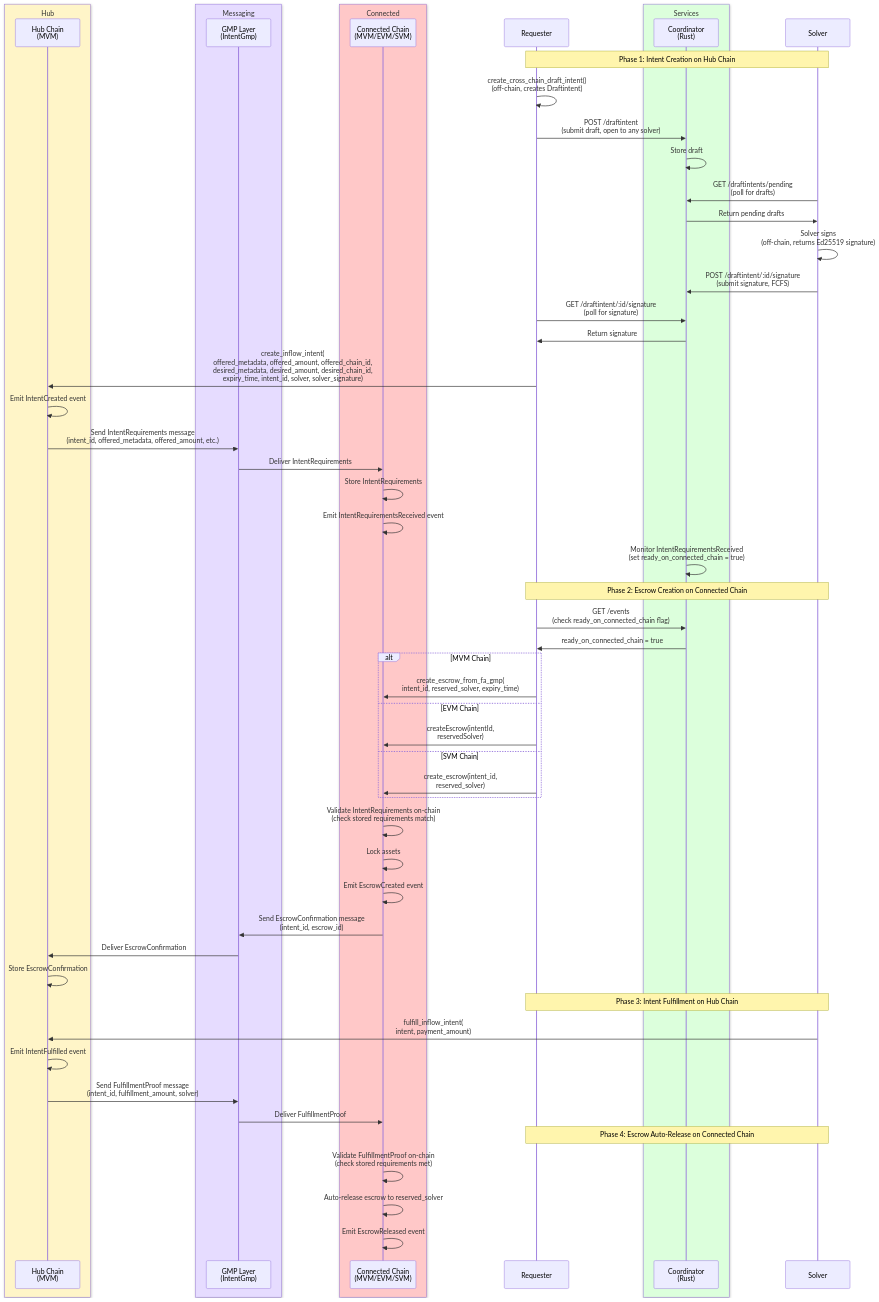
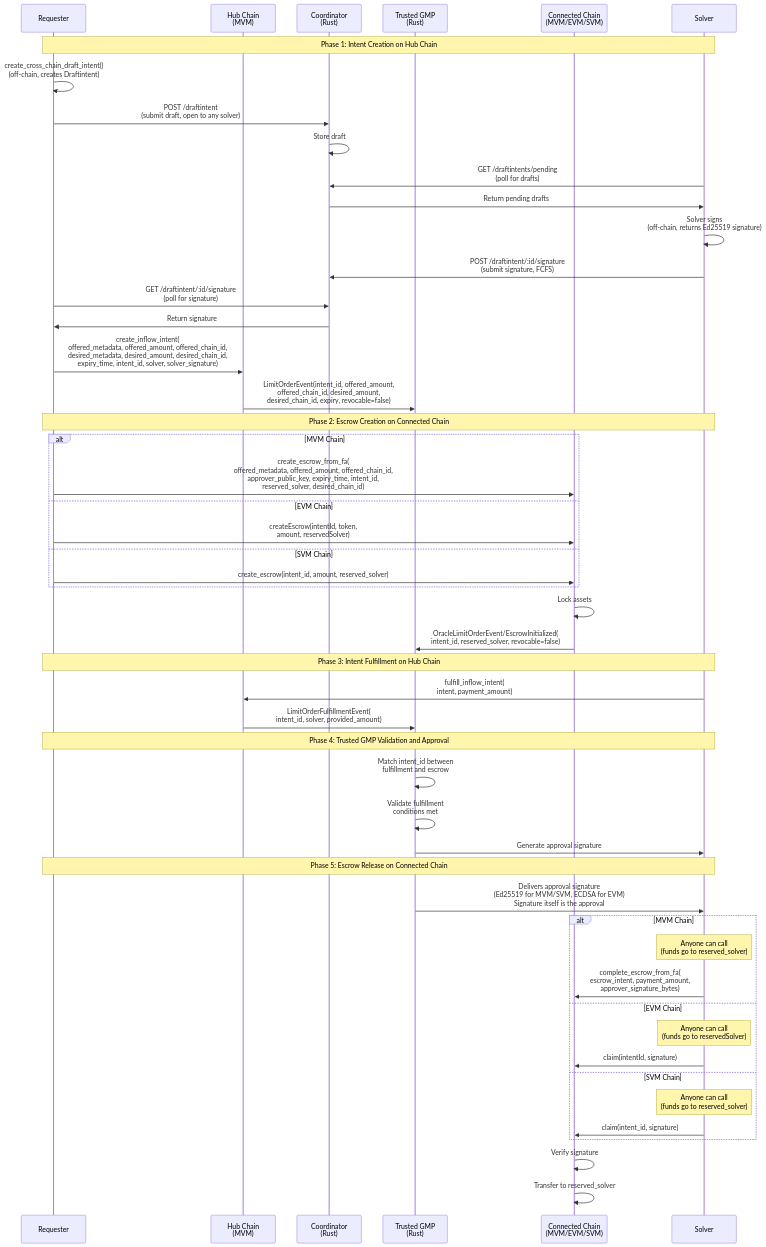
Before and after one commit to MoveIndustries/int3nts: the first of 4 diagrams in docs/protocol.md, drawn with Mermaid. The commit also changed other lines of this file and 493 other files, not shown here.

First line of the commit message:
Revert "Integrated GMP (Generic Message Passing) instead of verifier architec…"

````diff
--- a/docs/protocol.md
+++ b/docs/protocol.md
@@ -67,63 +29,57 @@
 ```mermaid
 sequenceDiagram
-    box rgb(255, 245, 200) Hub
+    participant Requester
     participant Hub as Hub Chain<br/>(MVM)
-    end
-    box rgb(230, 220, 255) Messaging
-    participant GMP as GMP Layer<br/>(IntentGmp)
-    end
-    box rgb(255, 200, 200) Connected
+    participant Coordinator as Coordinator<br/>(Rust)
+    participant TrustedGMP as Trusted GMP<br/>(Rust)
     participant Connected as Connected Chain<br/>(MVM/EVM/SVM)
-    end
-    participant Requester
-    box rgb(220, 255, 220) Services
-    participant Coordinator as Coordinator<br/>(Rust)
-    end
     participant Solver
 
     Note over Requester,Solver: Phase 1: Intent Creation on Hub Chain
     Requester->>Requester: create_cross_chain_draft_intent()<br/>(off-chain, creates Draftintent)
     Requester->>Coordinator: POST /draftintent<br/>(submit draft, open to any solver)
     Coordinator->>Coordinator: Store draft
     Solver->>Coordinator: GET /draftintents/pending<br/>(poll for drafts)
     Coordinator->>Solver: Return pending drafts
     Solver->>Solver: Solver signs<br/>(off-chain, returns Ed25519 signature)
     Solver->>Coordinator: POST /draftintent/:id/signature<br/>(submit signature, FCFS)
     Requester->>Coordinator: GET /draftintent/:id/signature<br/>(poll for signature)
     Coordinator->>Requester: Return signature
     Requester->>Hub: create_inflow_intent(<br/>offered_metadata, offered_amount, offered_chain_id,<br/>desired_metadata, desired_amount, desired_chain_id,<br/>expiry_time, intent_id, solver, solver_signature)
-    Hub->>Hub: Emit IntentCreated event
-    Hub->>GMP: Send IntentRequirements message<br/>(intent_id, offered_metadata, offered_amount, etc.)
-    GMP->>Connected: Deliver IntentRequirements
-    Connected->>Connected: Store IntentRequirements
-    Connected->>Connected: Emit IntentRequirementsReceived event
-    Coordinator->>Coordinator: Monitor IntentRequirementsReceived<br/>(set ready_on_connected_chain = true)
+    Hub->>TrustedGMP: LimitOrderEvent(intent_id, offered_amount,<br/>offered_chain_id, desired_amount,<br/>desired_chain_id, expiry, revocable=false)
 
     Note over Requester,Solver: Phase 2: Escrow Creation on Connected Chain
-    Requester->>Coordinator: GET /events<br/>(check ready_on_connected_chain flag)
-    Coordinator->>Requester: ready_on_connected_chain = true
     alt MVM Chain
-        Requester->>Connected: create_escrow_from_fa_gmp(<br/>intent_id, reserved_solver, expiry_time)
+        Requester->>Connected: create_escrow_from_fa(<br/>offered_metadata, offered_amount, offered_chain_id,<br/>approver_public_key, expiry_time, intent_id,<br/>reserved_solver, desired_chain_id)
     else EVM Chain
-        Requester->>Connected: createEscrow(intentId,<br/>reservedSolver)
+        Requester->>Connected: createEscrow(intentId, token,<br/>amount, reservedSolver)
     else SVM Chain
-        Requester->>Connected: create_escrow(intent_id,<br/>reserved_solver)
+        Requester->>Connected: create_escrow(intent_id, amount, reserved_solver)
     end
-    Connected->>Connected: Validate IntentRequirements on-chain<br/>(check stored requirements match)
     Connected->>Connected: Lock assets
-    Connected->>Connected: Emit EscrowCreated event
-    Connected->>GMP: Send EscrowConfirmation message<br/>(intent_id, escrow_id)
-    GMP->>Hub: Deliver EscrowConfirmation
-    Hub->>Hub: Store EscrowConfirmation
+    Connected->>TrustedGMP: OracleLimitOrderEvent/EscrowInitialized(<br/>intent_id, reserved_solver, revocable=false)
 
     Note over Requester,Solver: Phase 3: Intent Fulfillment on Hub Chain
     Solver->>Hub: fulfill_inflow_intent(<br/>intent, payment_amount)
-    Hub->>Hub: Emit IntentFulfilled event
-    Hub->>GMP: Send FulfillmentProof message<br/>(intent_id, fulfillment_amount, solver)
-    GMP->>Connected: Deliver FulfillmentProof
+    Hub->>TrustedGMP: LimitOrderFulfillmentEvent(<br/>intent_id, solver, provided_amount)
 
-    Note over Requester,Solver: Phase 4: Escrow Auto-Release on Connected Chain
-    Connected->>Connected: Validate FulfillmentProof on-chain<br/>(check stored requirements met)
-    Connected->>Connected: Auto-release escrow to reserved_solver
-    Connected->>Connected: Emit EscrowReleased event
+    Note over Requester,Solver: Phase 4: Trusted GMP Validation and Approval
+    TrustedGMP->>TrustedGMP: Match intent_id between<br/>fulfillment and escrow
+    TrustedGMP->>TrustedGMP: Validate fulfillment<br/>conditions met
+    TrustedGMP->>Solver: Generate approval signature
+
+    Note over Requester,Solver: Phase 5: Escrow Release on Connected Chain
+    TrustedGMP->>Solver: Delivers approval signature<br/>(Ed25519 for MVM/SVM, ECDSA for EVM)<br/>Signature itself is the approval
+    alt MVM Chain
+        Note over Solver: Anyone can call<br/>(funds go to reserved_solver)
+        Solver->>Connected: complete_escrow_from_fa(<br/>escrow_intent, payment_amount,<br/>approver_signature_bytes)
+    else EVM Chain
+        Note over Solver: Anyone can call<br/>(funds go to reservedSolver)
+        Solver->>Connected: claim(intentId, signature)
+    else SVM Chain
+        Note over Solver: Anyone can call<br/>(funds go to reserved_solver)
+        Solver->>Connected: claim(intent_id, signature)
+    end
+    Connected->>Connected: Verify signature
+    Connected->>Connected: Transfer to reserved_solver
 ```
````
